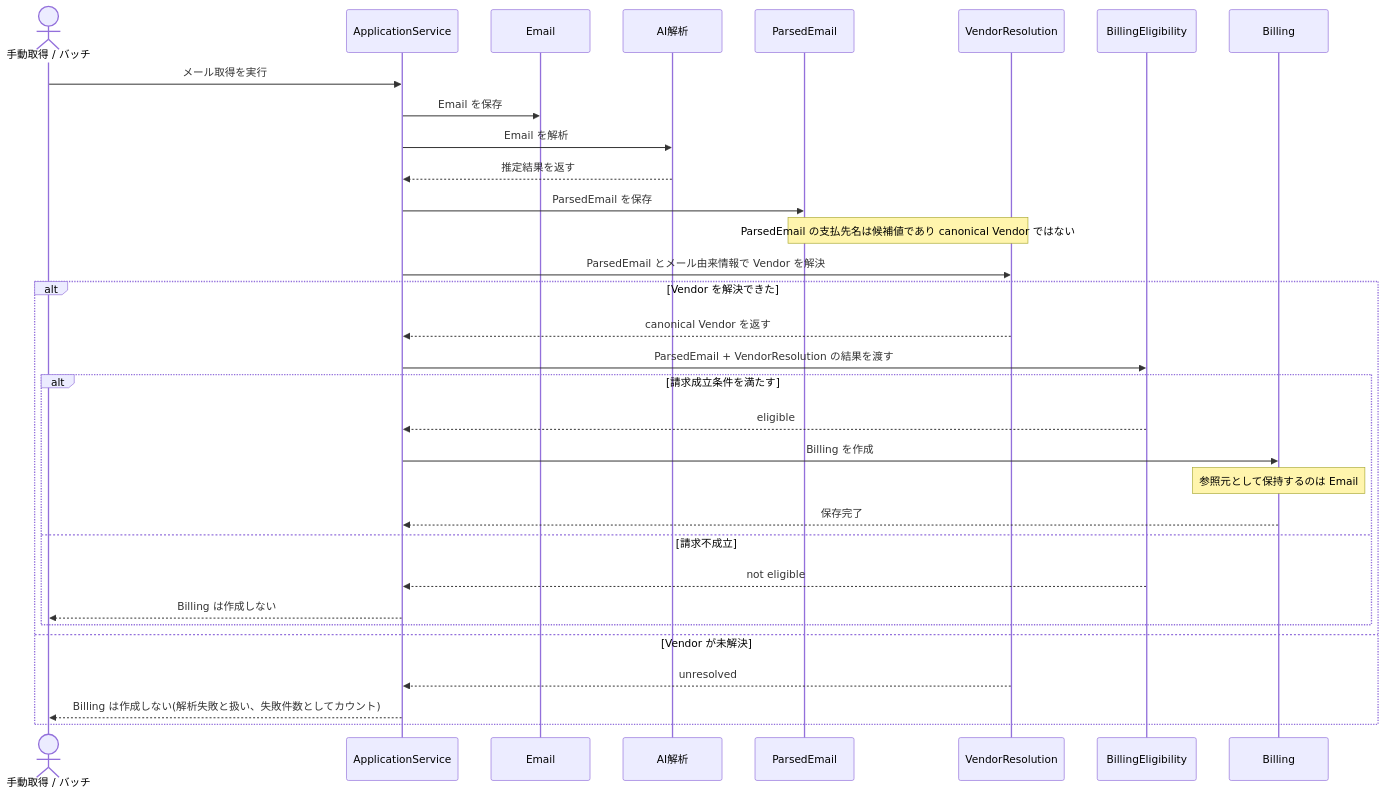
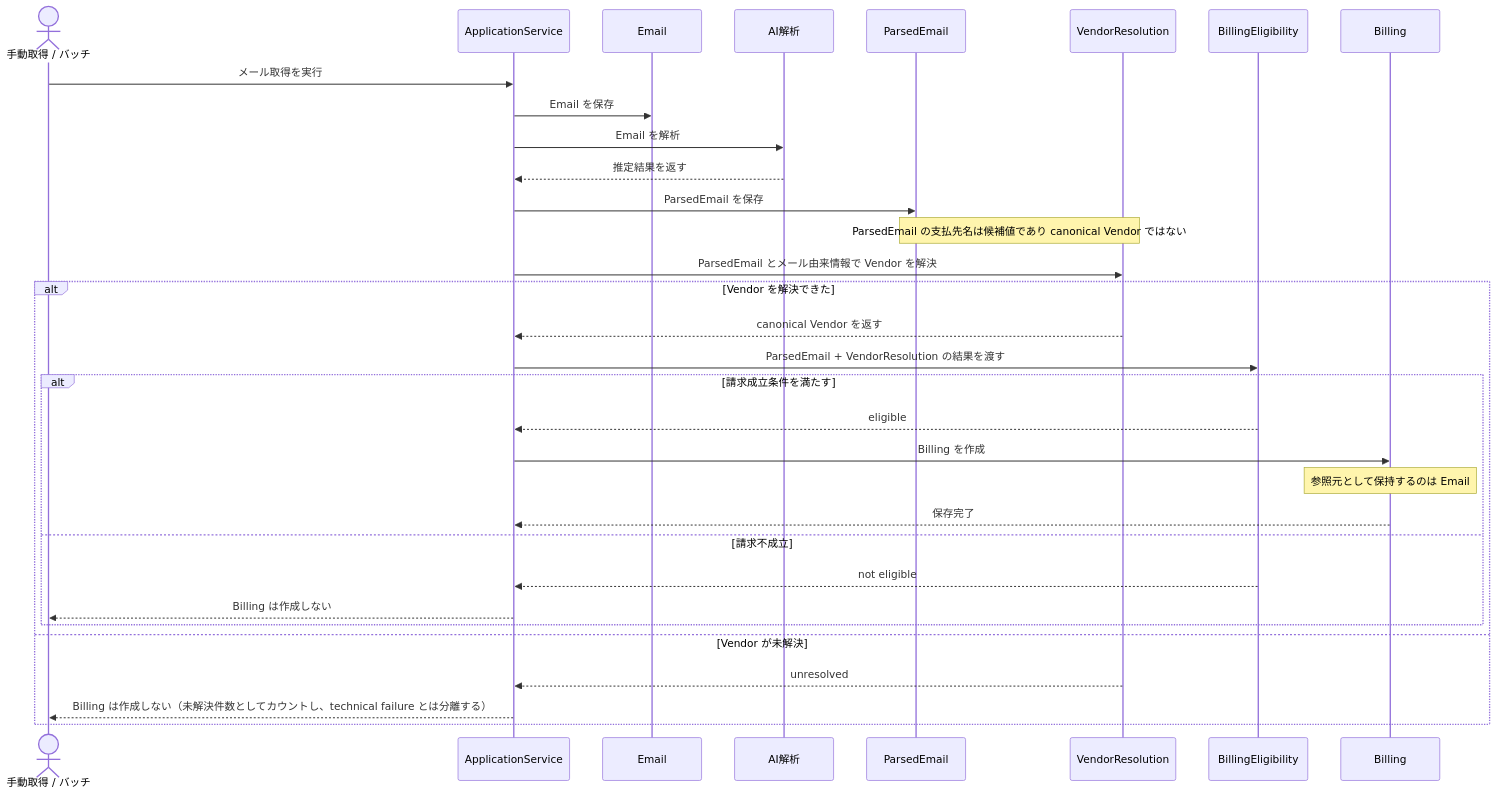
Before and after one commit to shrimptails-f/billingrse_backend: the second of 2 diagrams in docs/ddd/README.md, drawn with Mermaid. The commit also changed other lines of this file and 9 other files, not shown here.

````diff
--- a/docs/ddd/README.md
+++ b/docs/ddd/README.md
@@ -243,38 +247,38 @@
 ```mermaid
 sequenceDiagram
   actor Trigger as 手動取得 / バッチ
   participant App as ApplicationService
   participant Email as Email
   participant AI as AI解析
   participant Parsed as ParsedEmail
   participant Resolve as VendorResolution
   participant Eligibility as BillingEligibility
   participant Billing as Billing
 
   Trigger->>App: メール取得を実行
   App->>Email: Email を保存
   App->>AI: Email を解析
   AI-->>App: 推定結果を返す
   App->>Parsed: ParsedEmail を保存
   Note over Parsed,Resolve: ParsedEmail の支払先名は候補値であり canonical Vendor ではない
   App->>Resolve: ParsedEmail とメール由来情報で Vendor を解決
 
   alt Vendor を解決できた
     Resolve-->>App: canonical Vendor を返す
     App->>Eligibility: ParsedEmail + VendorResolution の結果を渡す
 
     alt 請求成立条件を満たす
       Eligibility-->>App: eligible
       App->>Billing: Billing を作成
       Note over Billing: 参照元として保持するのは Email
       Billing-->>App: 保存完了
     else 請求不成立
       Eligibility-->>App: not eligible
       App-->>Trigger: Billing は作成しない
     end
 
   else Vendor が未解決
     Resolve-->>App: unresolved
-    App-->>Trigger: Billing は作成しない(解析失敗と扱い、失敗件数としてカウント)
+    App-->>Trigger: Billing は作成しない（未解決件数としてカウントし、technical failure とは分離する）
   end
 ```
````
